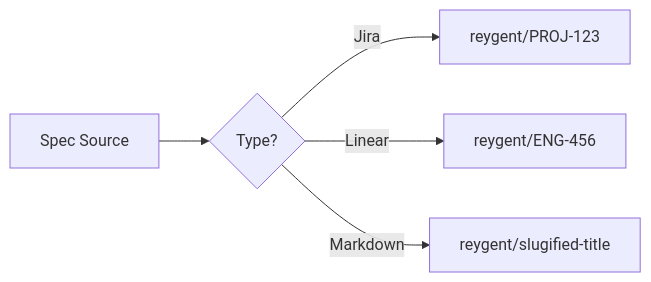
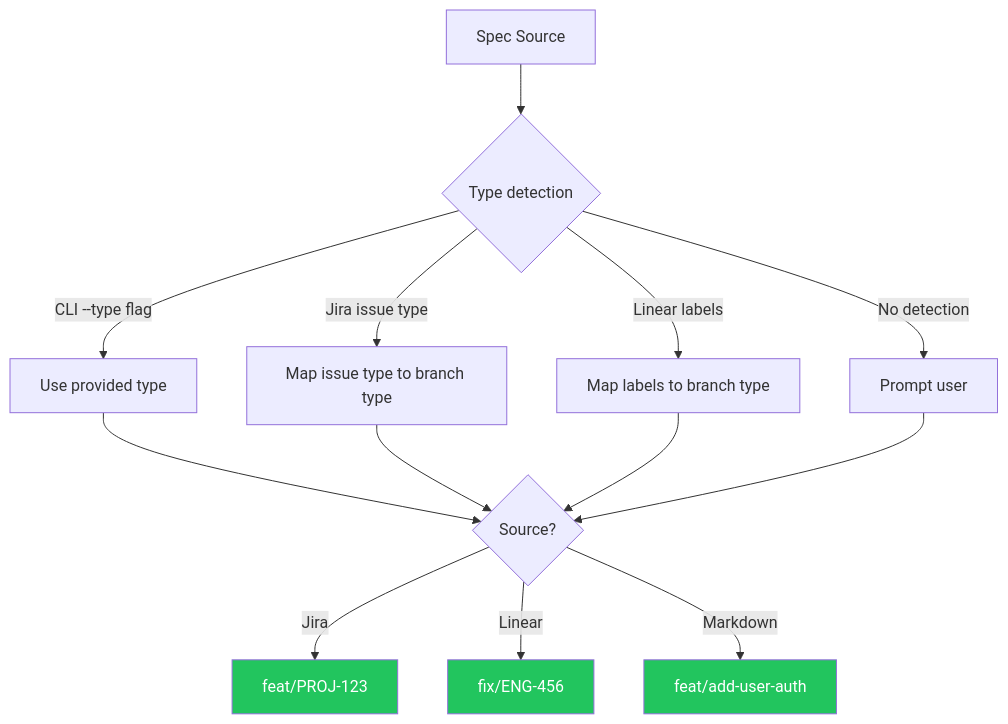
The seventh of 9 diagrams in docs/workflows.md (andrewevans0102/reygent), drawn with Mermaid before and after one commit. The commit also changed other lines of this file and 5 other files, not shown here.

````diff
--- a/docs/workflows.md
+++ b/docs/workflows.md
@@ -189,7 +191,22 @@
 ```mermaid
-flowchart LR
-    A[Spec Source] --> B{Type?}
-    B -->|Jira| C["reygent/PROJ-123"]
-    B -->|Linear| D["reygent/ENG-456"]
-    B -->|Markdown| E["reygent/slugified-title"]
+flowchart TD
+    A[Spec Source] --> B{Type detection}
+
+    B -->|CLI --type flag| C[Use provided type]
+    B -->|Jira issue type| D[Map issue type to branch type]
+    B -->|Linear labels| E[Map labels to branch type]
+    B -->|No detection| F[Prompt user]
+
+    C --> G{Source?}
+    D --> G
+    E --> G
+    F --> G
+
+    G -->|Jira| H["feat/PROJ-123"]
+    G -->|Linear| I["fix/ENG-456"]
+    G -->|Markdown| J["feat/add-user-auth"]
+
+    style H fill:#22c55e,color:#fff
+    style I fill:#22c55e,color:#fff
+    style J fill:#22c55e,color:#fff
 ```
````
